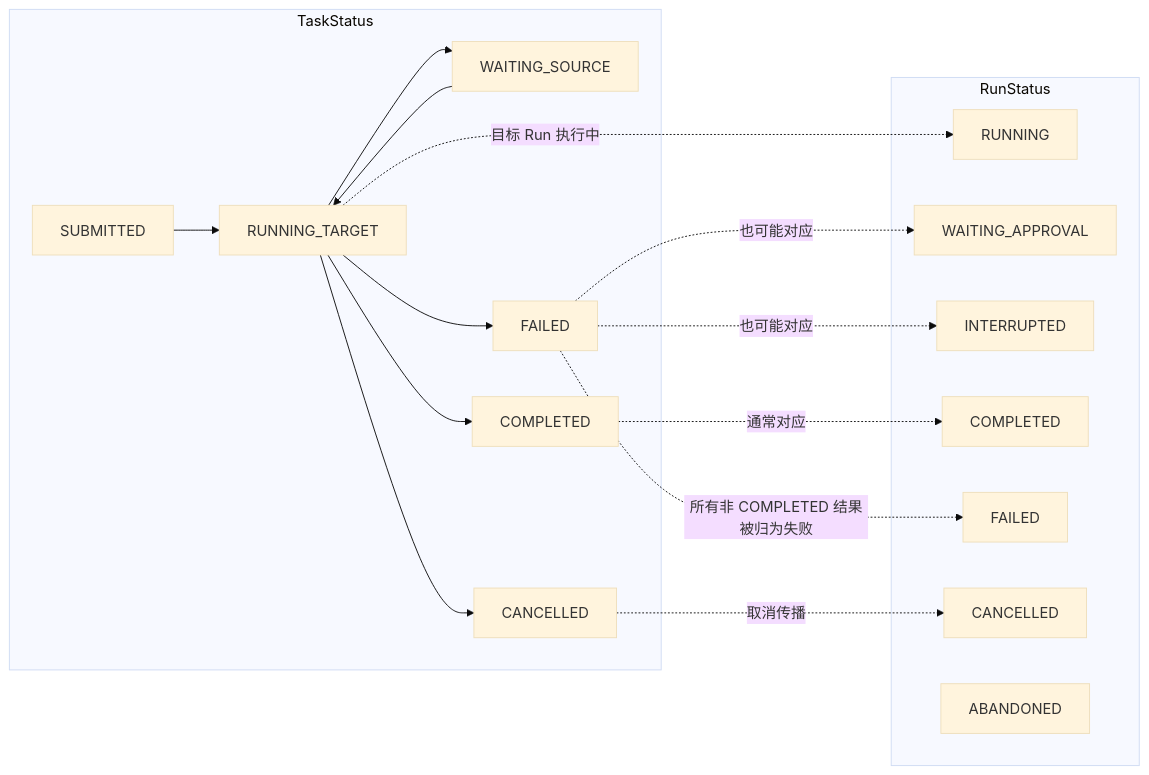
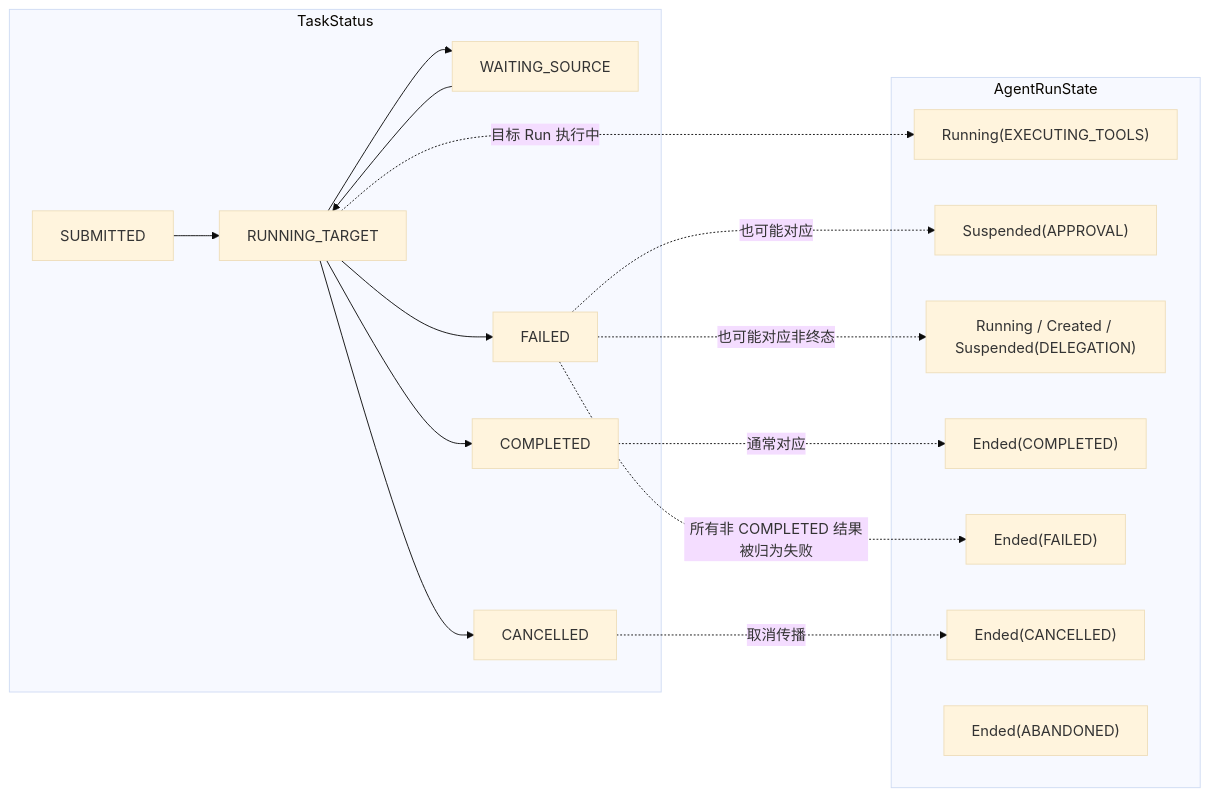
One commit to aandbcct/dotClaw changed the third of 22 diagrams in docs/wiki/Orchestration 与 Delegation 模块总体说明.md. Above: the diagram before and after it, drawn with Mermaid (base theme). The commit also changed other lines of this file and 12 other files, not shown here.

````diff
--- a/docs/wiki/Orchestration 与 Delegation 模块总体说明.md
+++ b/docs/wiki/Orchestration 与 Delegation 模块总体说明.md
@@ -200,35 +200,35 @@
 ```mermaid
 flowchart LR
     subgraph TaskState["TaskStatus"]
         TS["SUBMITTED"]
         TR["RUNNING_TARGET"]
         WS["WAITING_SOURCE"]
         TC["COMPLETED"]
         TF["FAILED"]
         TX["CANCELLED"]
     end
 
-    subgraph RunState["RunStatus"]
-        RR["RUNNING"]
-        RA["WAITING_APPROVAL"]
-        RI["INTERRUPTED"]
-        RC["COMPLETED"]
-        RF["FAILED"]
-        RX["CANCELLED"]
-        RB["ABANDONED"]
+    subgraph RunState["AgentRunState"]
+        RR["Running(EXECUTING_TOOLS)"]
+        RA["Suspended(APPROVAL)"]
+        RN["Running / Created / Suspended(DELEGATION)"]
+        RC["Ended(COMPLETED)"]
+        RF["Ended(FAILED)"]
+        RX["Ended(CANCELLED)"]
+        RB["Ended(ABANDONED)"]
     end
 
     TS --> TR
     TR --> WS
     WS --> TR
     TR --> TC
     TR --> TF
     TR --> TX
 
     TR -.目标 Run 执行中.-> RR
     TC -.通常对应.-> RC
     TF -.所有非 COMPLETED 结果被归为失败.-> RF
     TF -.也可能对应.-> RA
-    TF -.也可能对应.-> RI
+    TF -.也可能对应非终态.-> RN
     TX -.取消传播.-> RX
 ```
````
